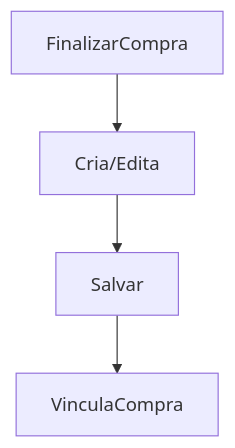
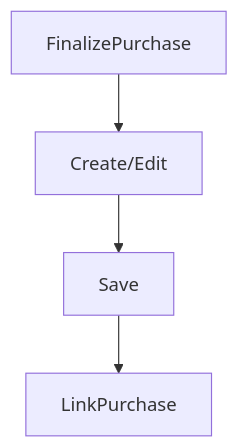
One commit to ronye011/Projeto-DevEvolution changed the fifth of 5 diagrams in README.md. Above: the diagram before and after it, drawn with Mermaid. The commit also changed other lines of this file, not shown here.

````diff
--- a/README.md
+++ b/README.md
@@ -181,6 +202,6 @@
 ```mermaid
 graph TD;
-    FinalizarCompra --> Cria/Edita;
-    Cria/Edita --> Salvar;
-    Salvar --> VinculaCompra;
+FinalizePurchase --> Create/Edit;
+Create/Edit --> Save;
+Save --> LinkPurchase;
 ```
````
